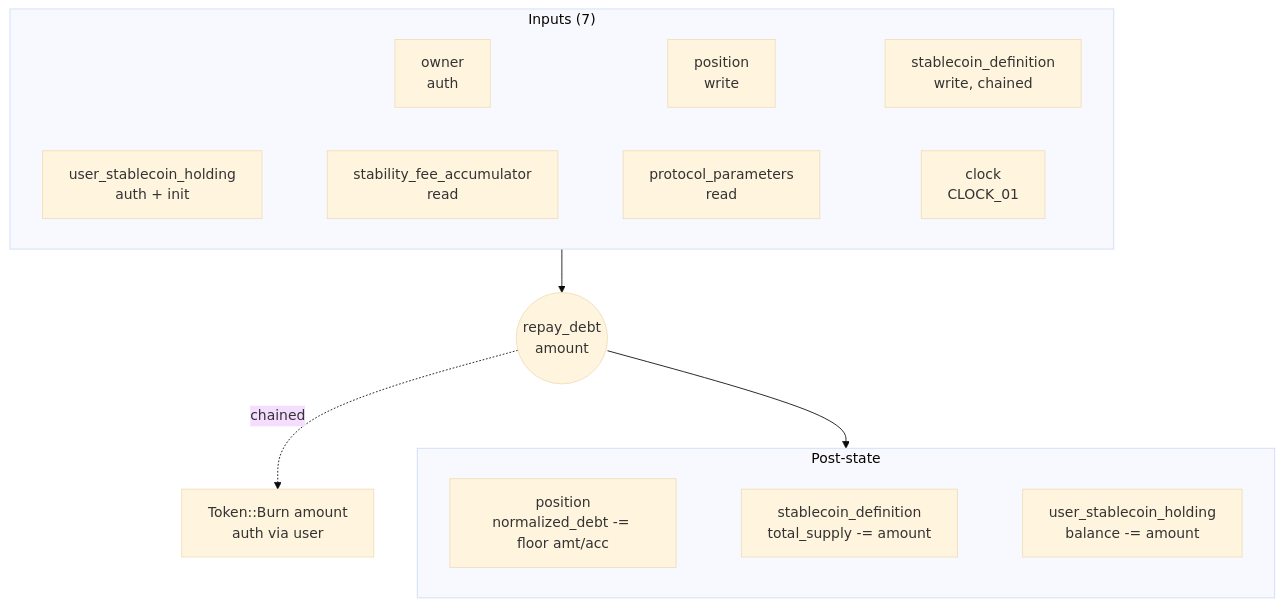
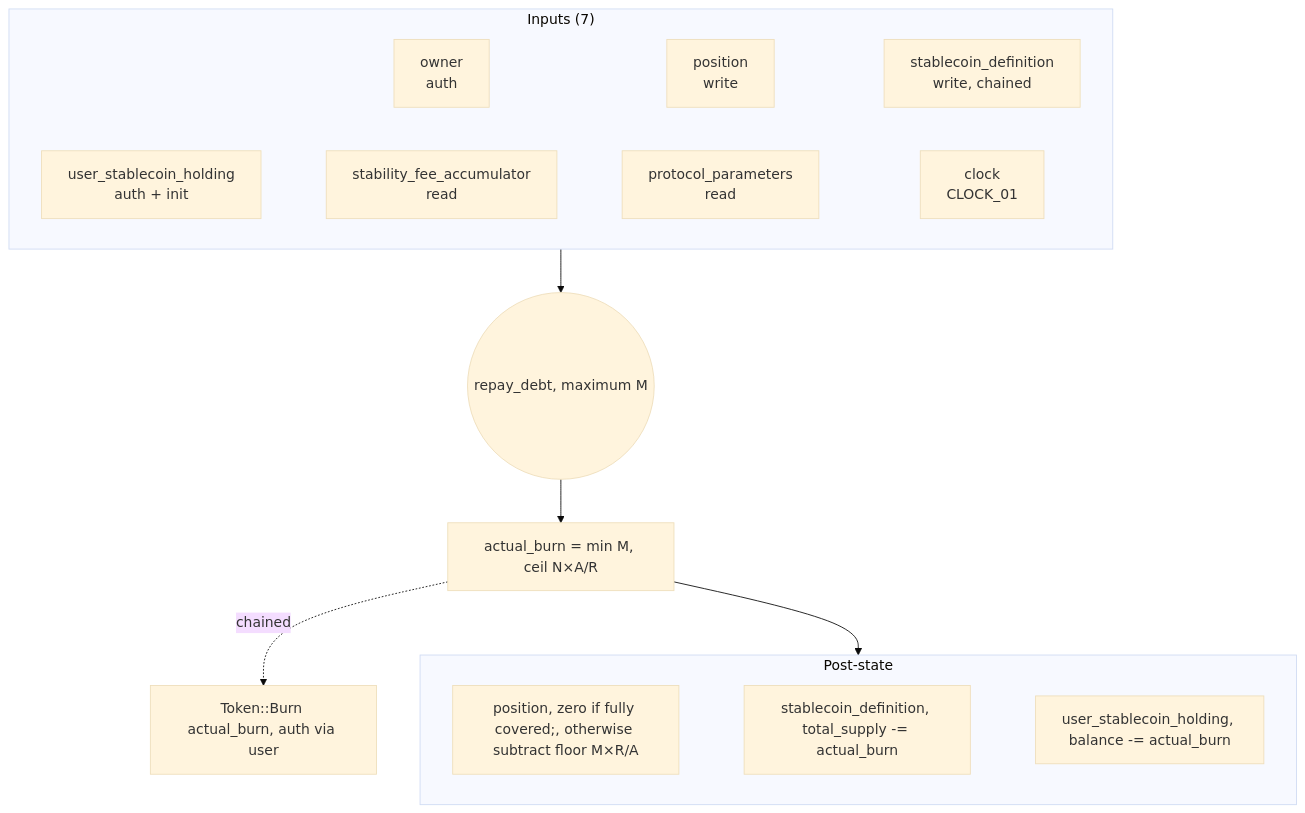
Before and after one commit to 3esmit/lez-programs: diagram 11 of 14 in docs/stablecoin/README.md, drawn with Mermaid (base theme). The commit also changed other lines of this file and 13 other files, not shown here.

Commit message:
fix(stablecoin): cap repayment at accrued outstanding debt

````diff
--- a/docs/stablecoin/README.md
+++ b/docs/stablecoin/README.md
@@ -1069,13 +1088,14 @@
 ```mermaid
 flowchart TD
     subgraph In["Inputs (7)"]
         a1[owner<br/>auth] ~~~ a2[position<br/>write] ~~~ a3[stablecoin_definition<br/>write, chained]
         a4[user_stablecoin_holding<br/>auth + init] ~~~ a5[stability_fee_accumulator<br/>read] ~~~ a6[protocol_parameters<br/>read] ~~~ a7[clock<br/>CLOCK_01]
     end
     subgraph Post["Post-state"]
-        p1[position<br/>normalized_debt -= floor amt/acc] ~~~ p2[stablecoin_definition<br/>total_supply -= amount] ~~~ p3[user_stablecoin_holding<br/>balance -= amount]
+        p1[position, zero if fully covered;, otherwise subtract floor M×R/A] ~~~ p2[stablecoin_definition, total_supply -= actual_burn] ~~~ p3[user_stablecoin_holding, balance -= actual_burn]
     end
-    In --> Ins((repay_debt<br/>amount))
-    Ins --> Post
-    Ins -.chained.-> C1[Token::Burn amount<br/>auth via user]
+    In --> Ins((repay_debt, maximum M))
+    Ins --> Cap[actual_burn = min M, ceil N×A/R]
+    Cap --> Post
+    Cap -.chained.-> C1[Token::Burn actual_burn, auth via user]
 ```
````
